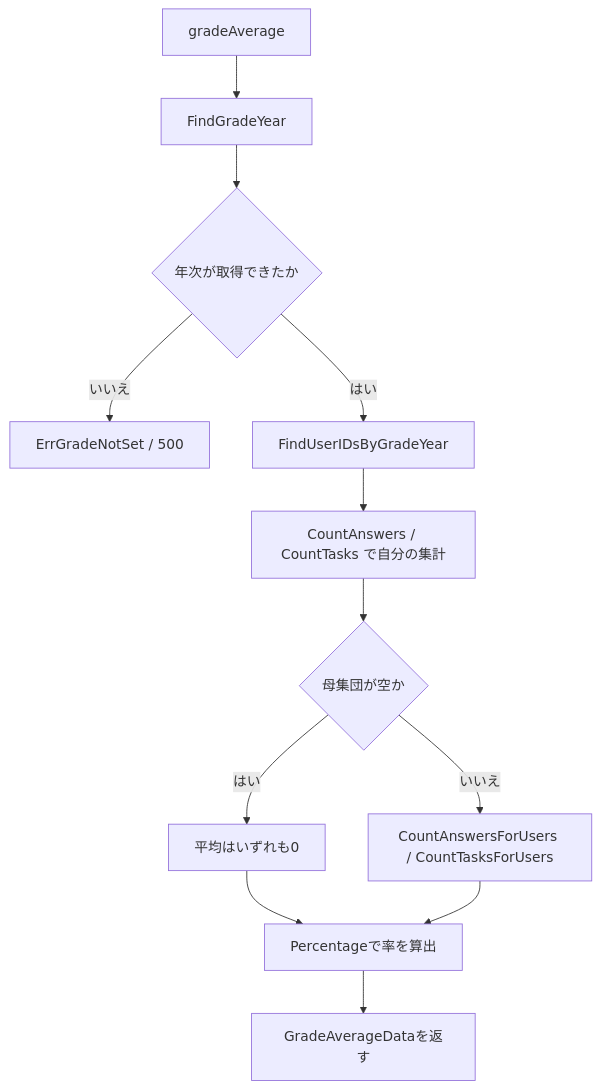
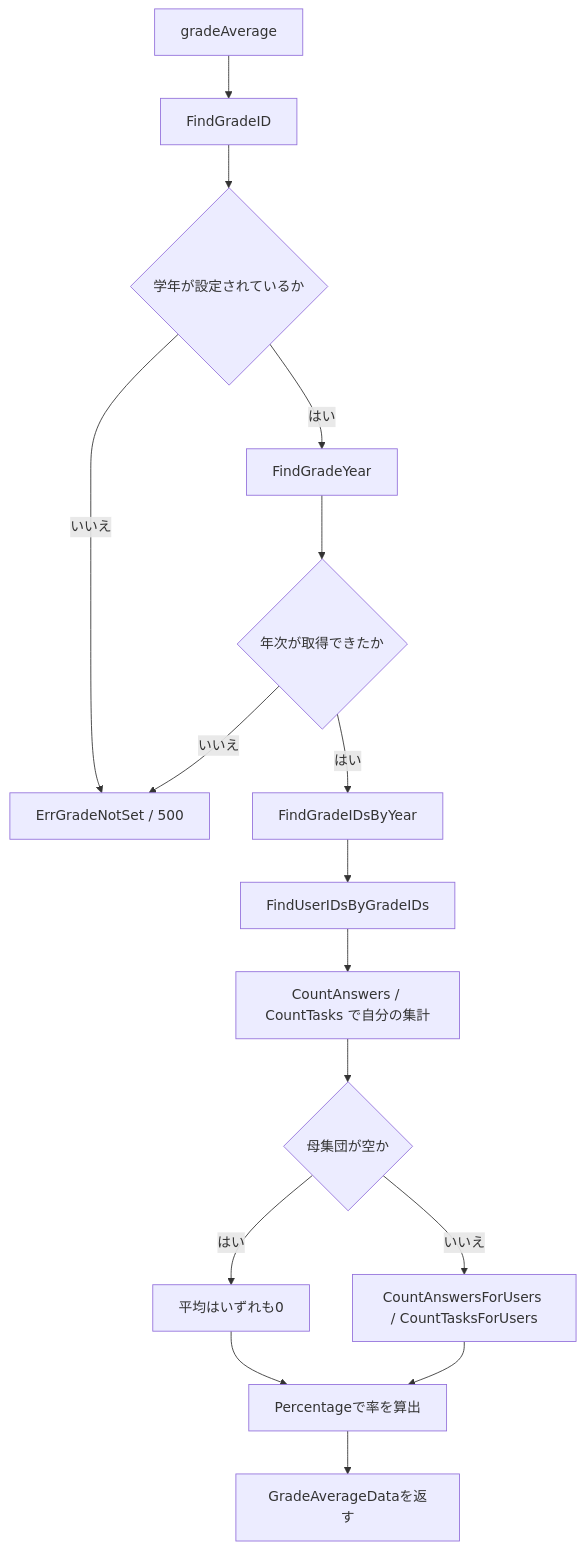
One commit to yuta20253/edu-platform-go-design changed the sixth of 7 diagrams in 計画書/Go実装仕様書/分析機能_Go実装仕様書_2_分析取得・期間サマリ.md. Above: the diagram before and after it, drawn with Mermaid. The commit also changed other lines of this file and 2 other files, not shown here.

````diff
--- a/計画書/Go実装仕様書/分析機能_Go実装仕様書_2_分析取得・期間サマリ.md
+++ b/計画書/Go実装仕様書/分析機能_Go実装仕様書_2_分析取得・期間サマリ.md
@@ -563,14 +567,18 @@
 ```mermaid
 flowchart TD
-    A[gradeAverage] --> B[FindGradeYear]
+    A[gradeAverage] --> A1[FindGradeID]
+    A1 --> A2{学年が設定されているか}
+    A2 -- いいえ --> E500[ErrGradeNotSet / 500]
+    A2 -- はい --> B[FindGradeYear]
     B --> C{年次が取得できたか}
-    C -- いいえ --> E500[ErrGradeNotSet / 500]
-    C -- はい --> D[FindUserIDsByGradeYear]
+    C -- いいえ --> E500
+    C -- はい --> C1[FindGradeIDsByYear]
+    C1 --> D[FindUserIDsByGradeIDs]
     D --> E[CountAnswers / CountTasks で自分の集計]
     E --> F{母集団が空か}
     F -- はい --> G[平均はいずれも0]
     F -- いいえ --> H[CountAnswersForUsers / CountTasksForUsers]
     G --> I[Percentageで率を算出]
     H --> I
     I --> J[GradeAverageDataを返す]
 ```
````
